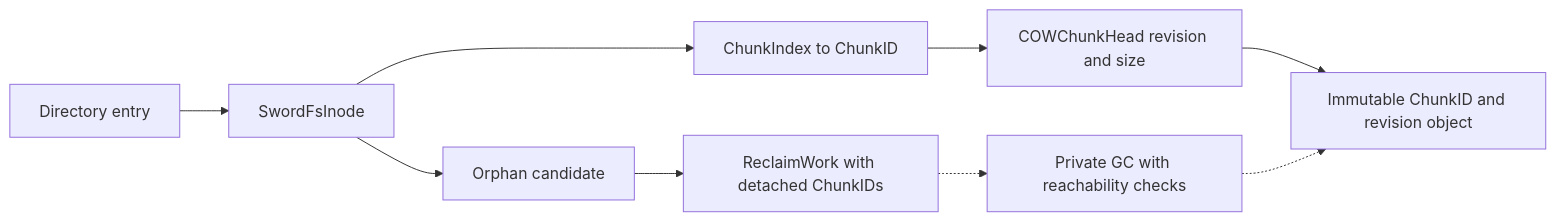
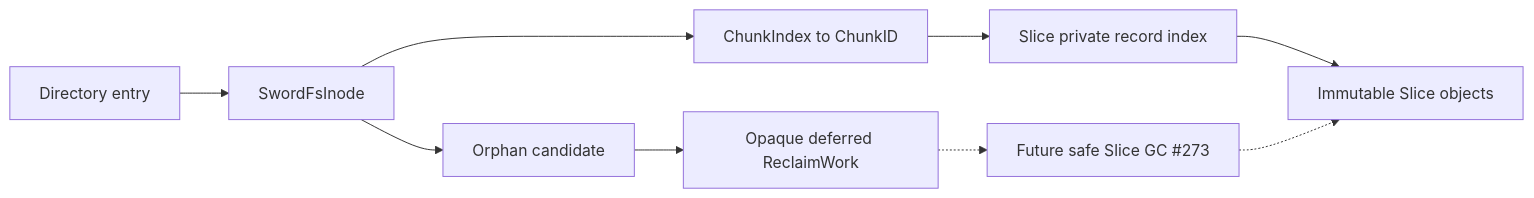
The first of 2 diagrams in docs/design/data-structures.md (SwordInfra/SwordFS), drawn with Mermaid before and after one commit. The commit also changed other lines of this file and 63 other files, not shown here.

Commit message:
refactor(chunk): retire concrete COW mechanism and preserve Slice contracts (#527)

````diff
--- a/docs/design/data-structures.md
+++ b/docs/design/data-structures.md
@@ -9,11 +9,11 @@
 ```mermaid
 flowchart LR
     D[Directory entry] --> I[SwordFsInode]
     I --> M[ChunkIndex to ChunkID]
-    M --> C[COWChunkHead revision and size]
-    C --> O[Immutable ChunkID and revision object]
+    M --> S[Slice private record index]
+    S --> O[Immutable Slice objects]
     I --> A[Orphan candidate]
-    A --> R[ReclaimWork with detached ChunkIDs]
-    R -.-> G[Private GC with reachability checks]
-    G -.-> O
+    A --> R[Opaque deferred ReclaimWork]
+    R -.-> F[Future safe Slice GC #273]
+    F -.-> O
 ```
````
